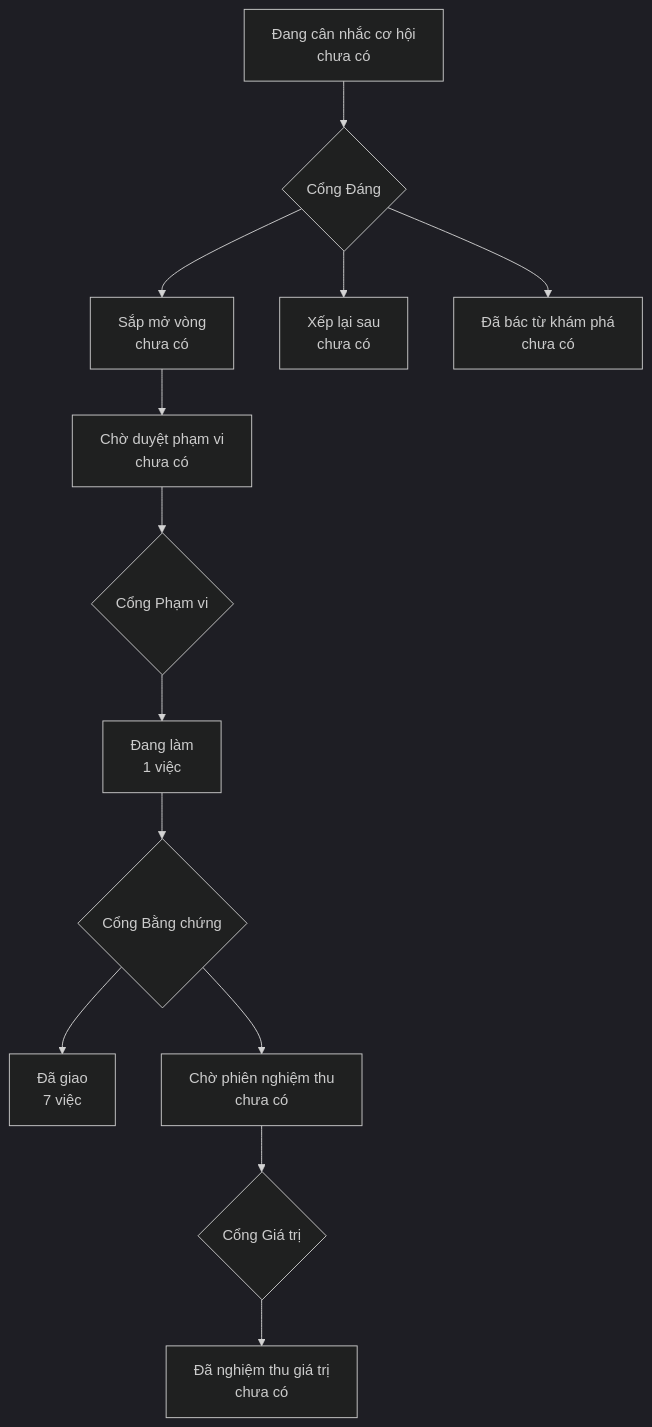
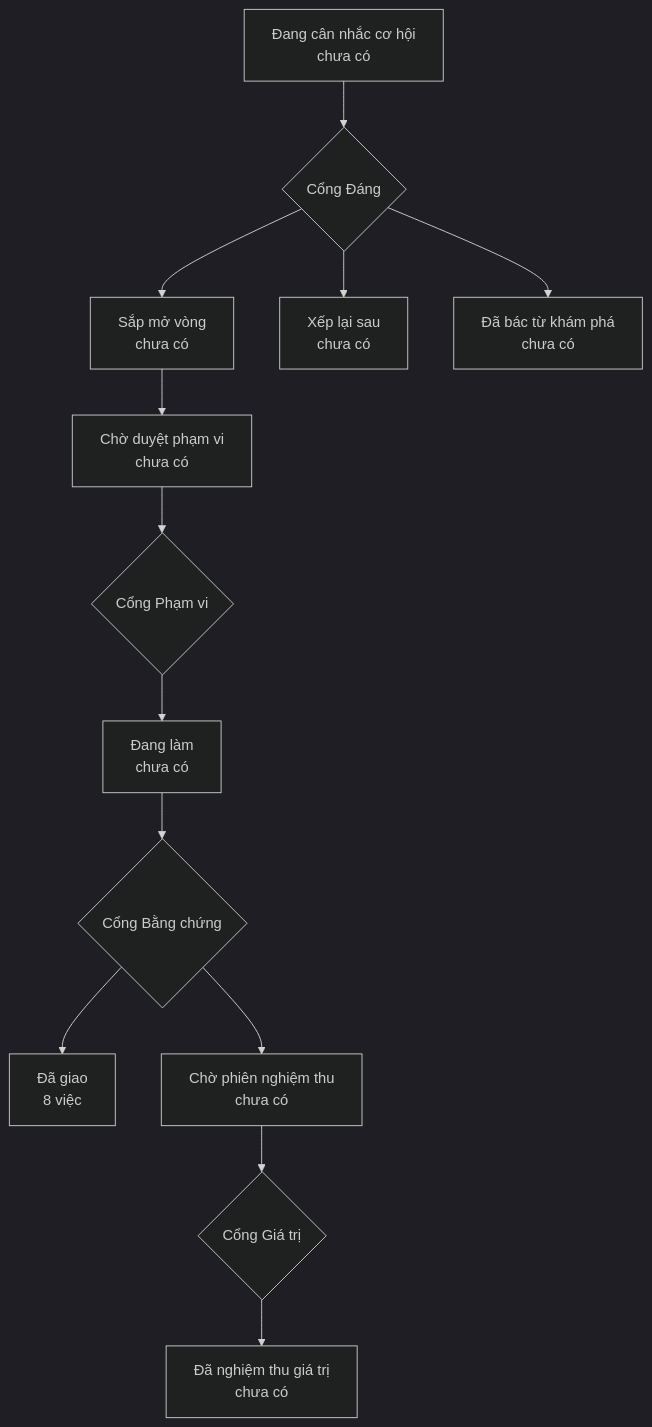
One commit to phanlemanh/onehub-invest changed the diagram in PRODUCT-MAP.md. Above: the diagram before and after it, drawn with Mermaid (dark theme). The commit also changed other lines of this file and 3 other files, not shown here.

````diff
--- a/PRODUCT-MAP.md
+++ b/PRODUCT-MAP.md
@@ -6,12 +6,12 @@
 ```mermaid
 flowchart TD
   A["Đang cân nhắc cơ hội<br/>chưa có"] --> GD{"Cổng Đáng"}
   GD --> B["Sắp mở vòng<br/>chưa có"]
   GD --> XL["Xếp lại sau<br/>chưa có"]
   GD --> DB["Đã bác từ khám phá<br/>chưa có"]
   B --> CD["Chờ duyệt phạm vi<br/>chưa có"] --> GP{"Cổng Phạm vi"}
-  GP --> DL["Đang làm<br/>1 việc"] --> GB{"Cổng Bằng chứng"}
-  GB --> DG["Đã giao<br/>7 việc"]
+  GP --> DL["Đang làm<br/>chưa có"] --> GB{"Cổng Bằng chứng"}
+  GB --> DG["Đã giao<br/>8 việc"]
   GB --> CN["Chờ phiên nghiệm thu<br/>chưa có"] --> GG{"Cổng Giá trị"}
   GG --> NT["Đã nghiệm thu giá trị<br/>chưa có"]
 ```
````
